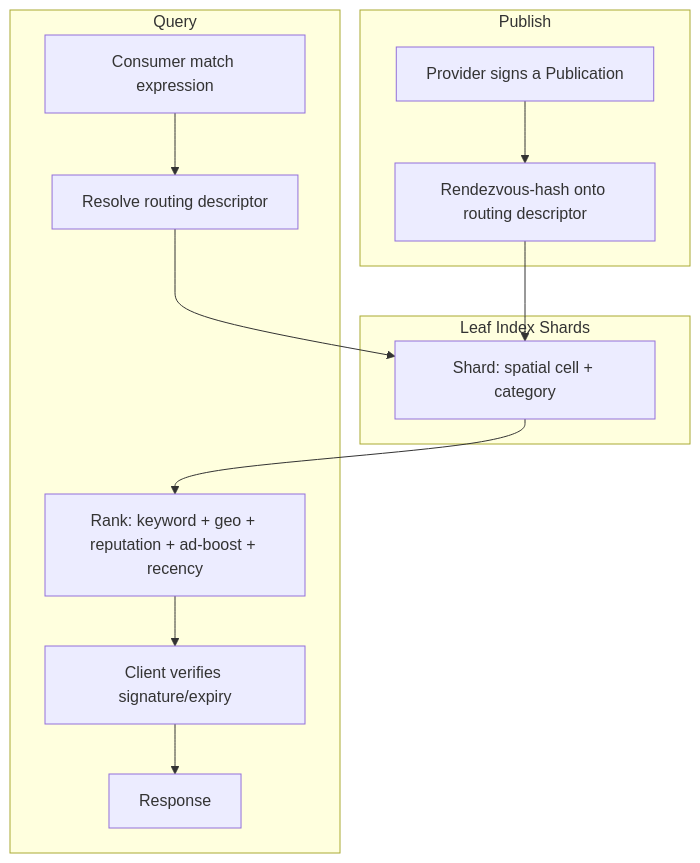
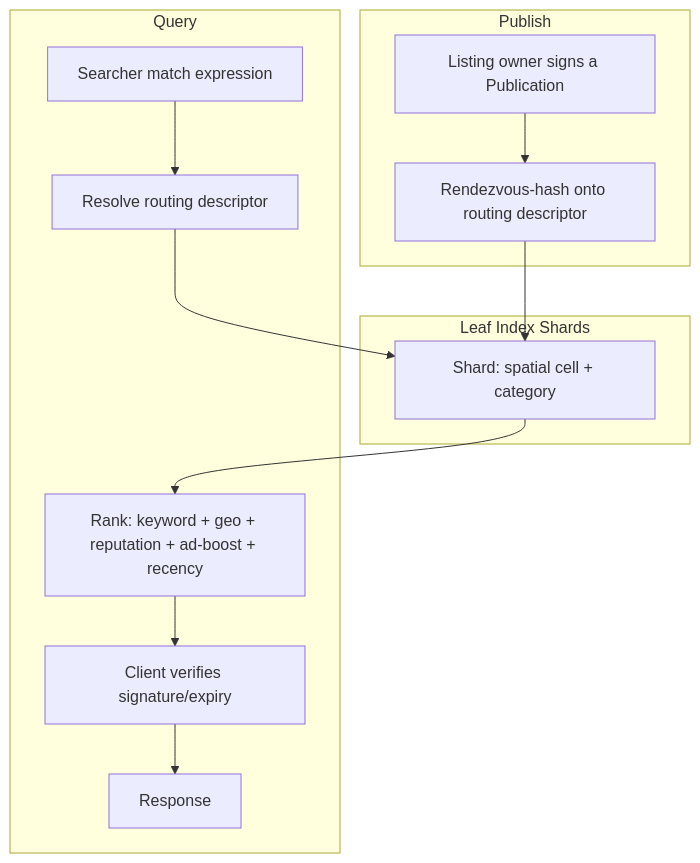
One commit to syneroym/syneroym changed diagram 11 of 23 in docs/system-architecture.md. Above: the diagram before and after it, drawn with Mermaid. The commit also changed other lines of this file and 106 other files, not shown here.

````diff
--- a/docs/system-architecture.md
+++ b/docs/system-architecture.md
@@ -920,20 +920,20 @@
 ```mermaid
 flowchart TD
     subgraph PUB["Publish"]
-        P[Provider signs a Publication] --> PLACE[Rendezvous-hash onto routing descriptor]
+        P[Listing owner signs a Publication] --> PLACE[Rendezvous-hash onto routing descriptor]
     end
 
     subgraph LEAF["Leaf Index Shards"]
         L1[Shard: spatial cell + category]
     end
 
     subgraph MATCH["Query"]
-        Q[Consumer match expression] --> RESOLVE[Resolve routing descriptor]
+        Q[Searcher match expression] --> RESOLVE[Resolve routing descriptor]
         RESOLVE --> L1
         L1 --> RANK[Rank: keyword + geo + reputation + ad-boost + recency]
         RANK --> VERIFY[Client verifies signature/expiry]
         VERIFY --> RESP[Response]
     end
 
     PLACE --> L1
 ```
````
